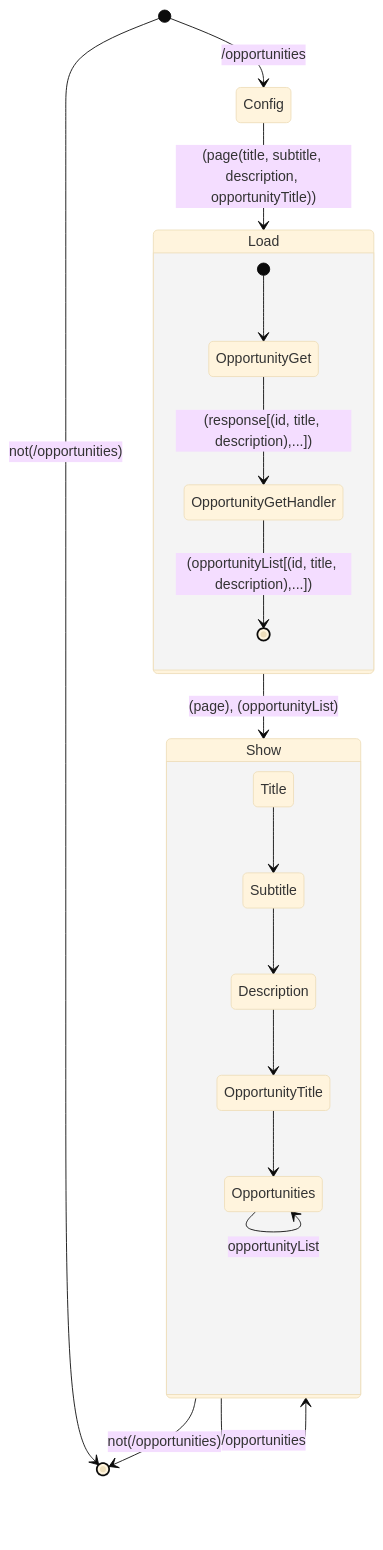
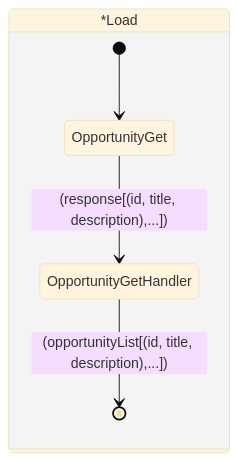
Diagram 12 of 21 in README.md (Wilfongjt/lb-A), drawn with Mermaid before and after one commit. The commit also changed other lines of this file, not shown here.

````diff
--- a/README.md
+++ b/README.md
@@ -226,27 +204,14 @@
 ```mermaid
+
 %%{init: {'securityLevel': 'loose', 'theme':'base'}}%%
 stateDiagram
-    state Load {
-             
-        [*] --> OpportunityGet
-        OpportunityGet --> OpportunityGetHandler : (response[(id, title, description),...])
-        OpportunityGetHandler --> [*] : (opportunityList[(id, title, description),...])
-     }    
-         
-    state Show {
-             
-        Title --> Subtitle
-        Subtitle --> Description
-        Description --> OpportunityTitle
-        OpportunityTitle --> Opportunities
-     }    
-         
-[*] --> [*] : not(/opportunities)
-[*] --> Config : /opportunities
-Config --> Load : (page(title, subtitle, description, opportunityTitle))
-Load --> Show : (page), (opportunityList)
-Show --> [*] : not(/opportunities)
  
-Show --> Show : /opportunities
-Opportunities --> Opportunities : opportunityList
+ state *Load
+     {
+    [*] --> OpportunityGet
+    OpportunityGet --> OpportunityGetHandler : (response[(id, title, description),...])
+    OpportunityGetHandler --> [*] : (opportunityList[(id, title, description),...])
+  }
+ 
+ 
 ```
````
